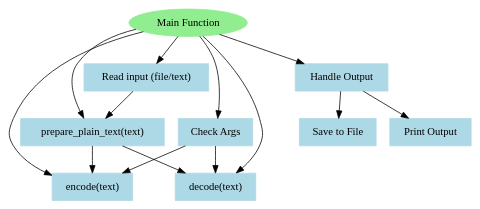
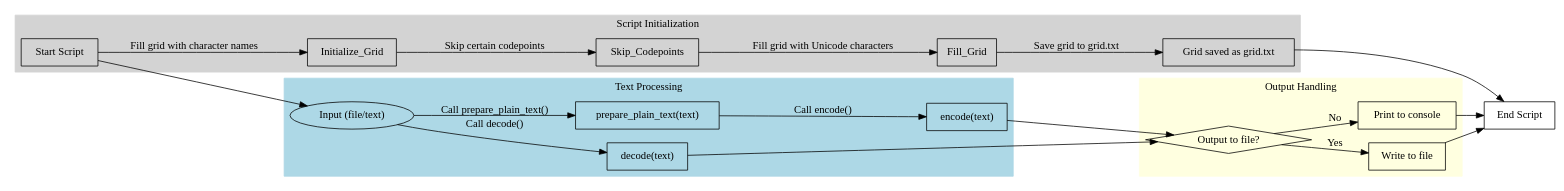
Before and after one commit to dwerkjem/color-cipher: the diagram in code/src/make_grid.dot, drawn with Graphviz. The commit also changed 3 other files, not shown here.

```diff
--- a/code/src/make_grid.dot
+++ b/code/src/make_grid.dot
@@ -1,33 +1,54 @@
-digraph functions_graph {
-    rankdir=TB;
+digraph UnicodeGridScript {
+    rankdir=LR;
+    node [shape=box];
 
-    node [shape=box, style=filled, color=lightblue];
+    subgraph cluster_1 {
+        label = "Script Initialization";
+        style=filled;
+        color=lightgrey;
 
-    # Define the functions
-    prepare_plain_text [label="prepare_plain_text(text)"];
-    encode [label="encode(text)"];
-    decode [label="decode(text)"];
-    main_function [label="Main Function"];
+        Start -> Initialize_Grid [label="Fill grid with character names"];
+        Initialize_Grid -> Skip_Codepoints [label="Skip certain codepoints"];
+        Skip_Codepoints -> Fill_Grid [label="Fill grid with Unicode characters"];
+        Fill_Grid -> Save_Grid [label="Save grid to grid.txt"];
+    }
 
-    # Relationships
-    main_function -> prepare_plain_text;
-    main_function -> encode;
-    main_function -> decode;
+    subgraph cluster_2 {
+        label = "Text Processing";
+        style=filled;
+        color=lightblue;
 
-    prepare_plain_text -> encode;
-    prepare_plain_text -> decode;
+        Input_Source [shape=ellipse, label="Input (file/text)"];
+        Encode_Process [label="encode(text)"];
+        Decode_Process [label="decode(text)"];
+        Prepare_Text [label="prepare_plain_text(text)"];
 
-    # Additional interactions within the main function
-    main_function -> "Read input (file/text)";
-    main_function -> "Check Args";
-    main_function -> "Handle Output";
+        Input_Source -> Prepare_Text [label="Call prepare_plain_text()"];
+        Prepare_Text -> Encode_Process [label="Call encode()"];
+        Input_Source -> Decode_Process [label="Call decode()"];
+    }
 
-    "Read input (file/text)" -> prepare_plain_text;
-    "Check Args" -> encode;
-    "Check Args" -> decode;
-    "Handle Output" -> "Save to File";
-    "Handle Output" -> "Print Output";
+    subgraph cluster_3 {
+        label = "Output Handling";
+        style=filled;
+        color=lightyellow;
 
-    # Style for main function nodes
-    main_function [shape=ellipse, color=lightgreen];
+        Output_Decision [shape=diamond, label="Output to file?"];
+        Print_Console [label="Print to console"];
+        Write_File [label="Write to file"];
+
+        Encode_Process -> Output_Decision;
+        Decode_Process -> Output_Decision;
+        Output_Decision -> Write_File [label="Yes"];
+        Output_Decision -> Print_Console [label="No"];
+    }
+
+    Start [label="Start Script"];
+    Save_Grid [label="Grid saved as grid.txt"];
+    End [label="End Script"];
+
+    Start -> Input_Source;
+    Save_Grid -> End;
+    Print_Console -> End;
+    Write_File -> End;
 }
```
